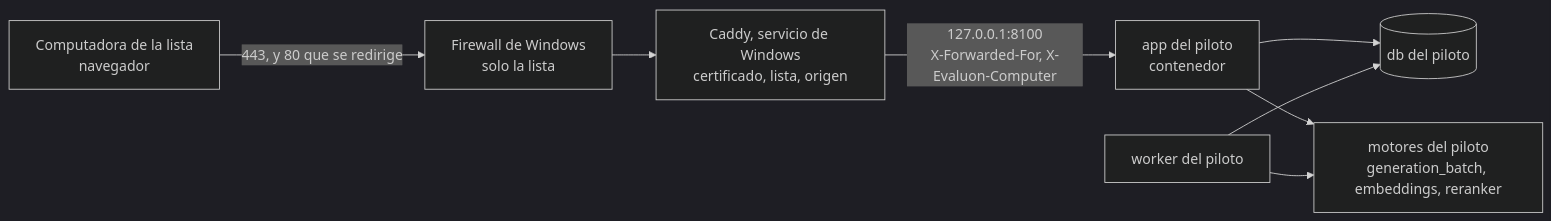
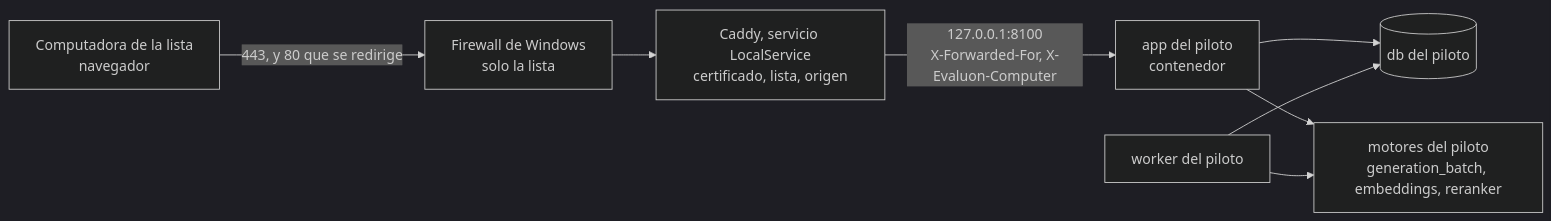
The diagram in specs/007-acceso-por-red/plan.md (snavello/EVALUON), drawn with Mermaid (dark theme) before and after one commit. The commit also changed other lines of this file and 6 other files, not shown here.

````diff
--- a/specs/007-acceso-por-red/plan.md
+++ b/specs/007-acceso-por-red/plan.md
@@ -79,10 +196,10 @@
 ```mermaid
 flowchart LR
   PC["Computadora de la lista<br/>navegador"] -->|"443, y 80 que se redirige"| FW["Firewall de Windows<br/>solo la lista"]
-  FW --> CA["Caddy, servicio de Windows<br/>certificado, lista, origen"]
+  FW --> CA["Caddy, servicio LocalService<br/>certificado, lista, origen"]
   CA -->|"127.0.0.1:8100<br/>X-Forwarded-For, X-Evaluon-Computer"| APP["app del piloto<br/>contenedor"]
   APP --> DB[("db del piloto")]
   APP --> IA["motores del piloto<br/>generation_batch, embeddings, reranker"]
   WK["worker del piloto"] --> IA
   WK --> DB
 ```
````
